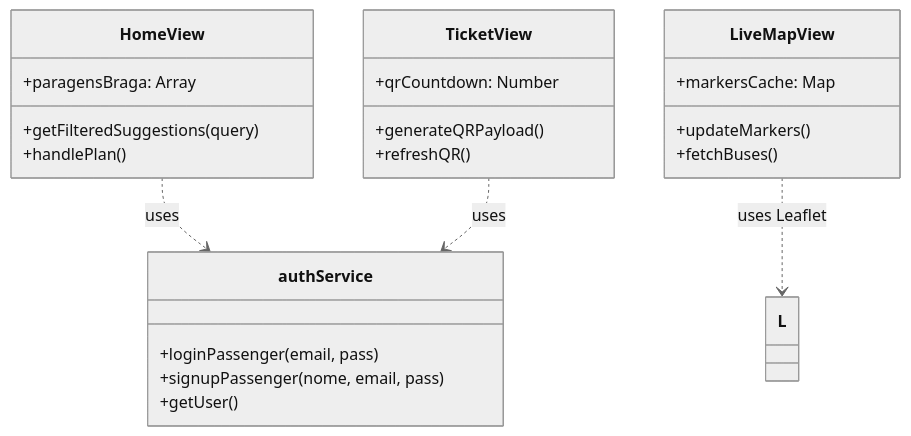
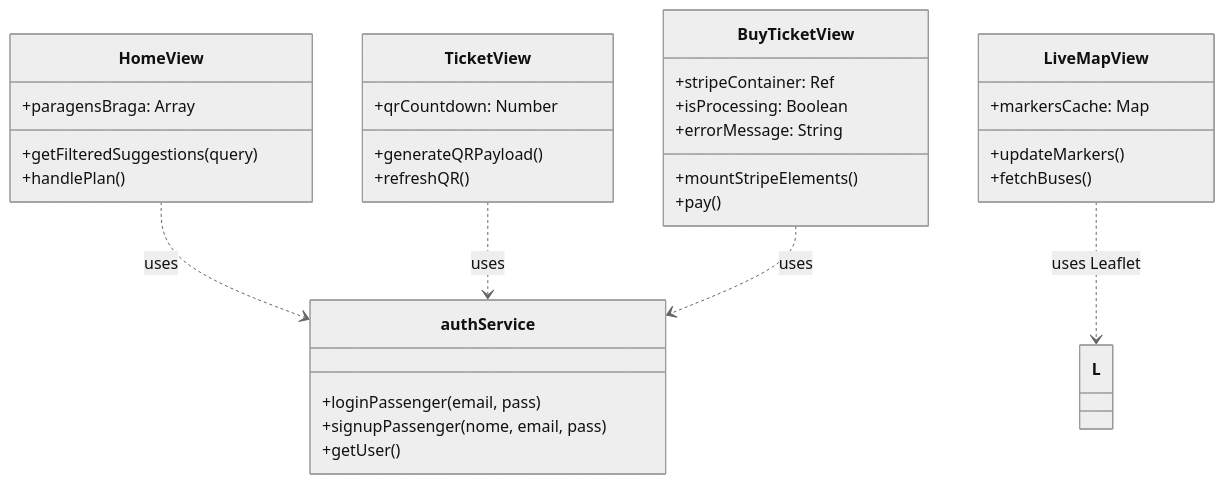
Before and after one commit to afonso4machado-a11y/pgu-tub-dai: the second of 2 diagrams in Wiki/12-PWA-Passageiro.md, drawn with Mermaid (neutral theme). The commit also changed other lines of this file and 5 other files, not shown here.

Commit message:
Update Wiki with new Stripe payment architecture

````diff
--- a/Wiki/12-PWA-Passageiro.md
+++ b/Wiki/12-PWA-Passageiro.md
@@ -85,27 +102,35 @@
 ```mermaid
 classDiagram
     class authService {
         +loginPassenger(email, pass)
         +signupPassenger(nome, email, pass)
         +getUser()
     }
     class HomeView {
         +paragensBraga: Array
         +getFilteredSuggestions(query)
         +handlePlan()
     }
     class LiveMapView {
         +markersCache: Map
         +updateMarkers()
         +fetchBuses()
     }
     class TicketView {
         +qrCountdown: Number
         +generateQRPayload()
         +refreshQR()
     }
+    class BuyTicketView {
+        +stripeContainer: Ref
+        +isProcessing: Boolean
+        +errorMessage: String
+        +mountStripeElements()
+        +pay()
+    }
 
     HomeView ..> authService : uses
     LiveMapView ..> L : uses Leaflet
     TicketView ..> authService : uses
+    BuyTicketView ..> authService : uses
 ```
````
